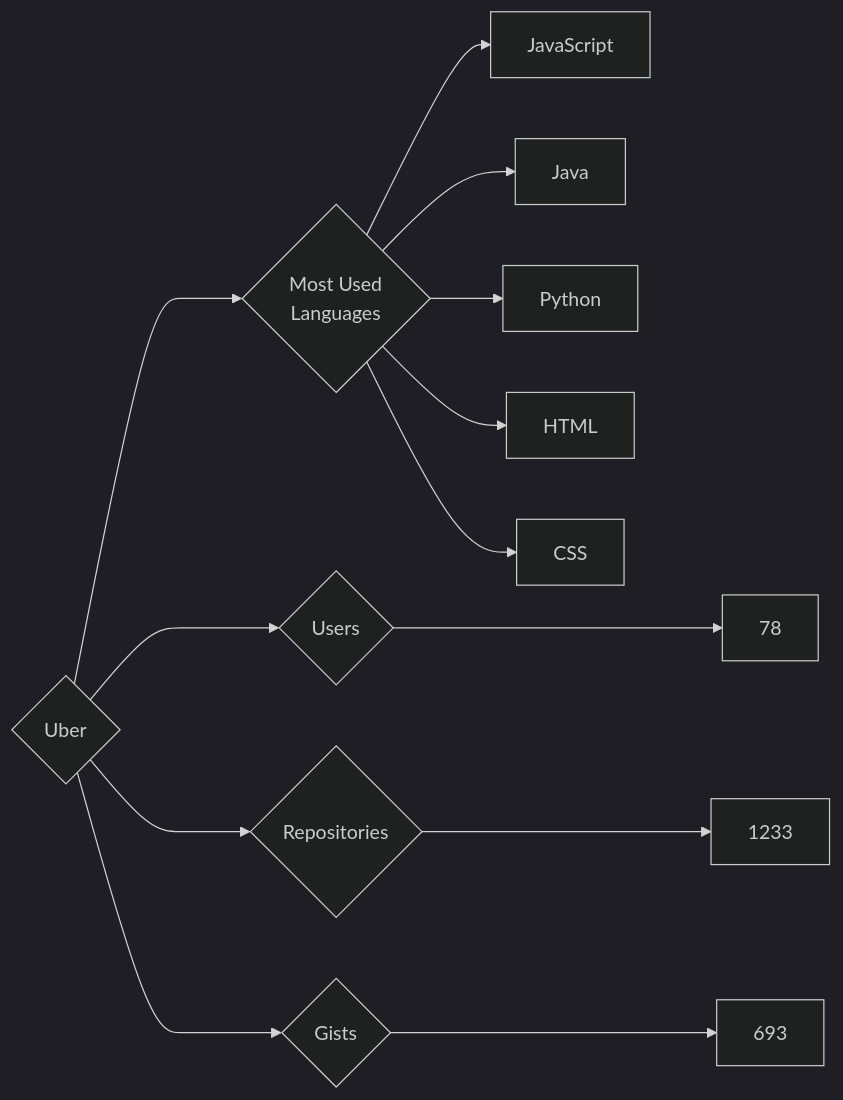
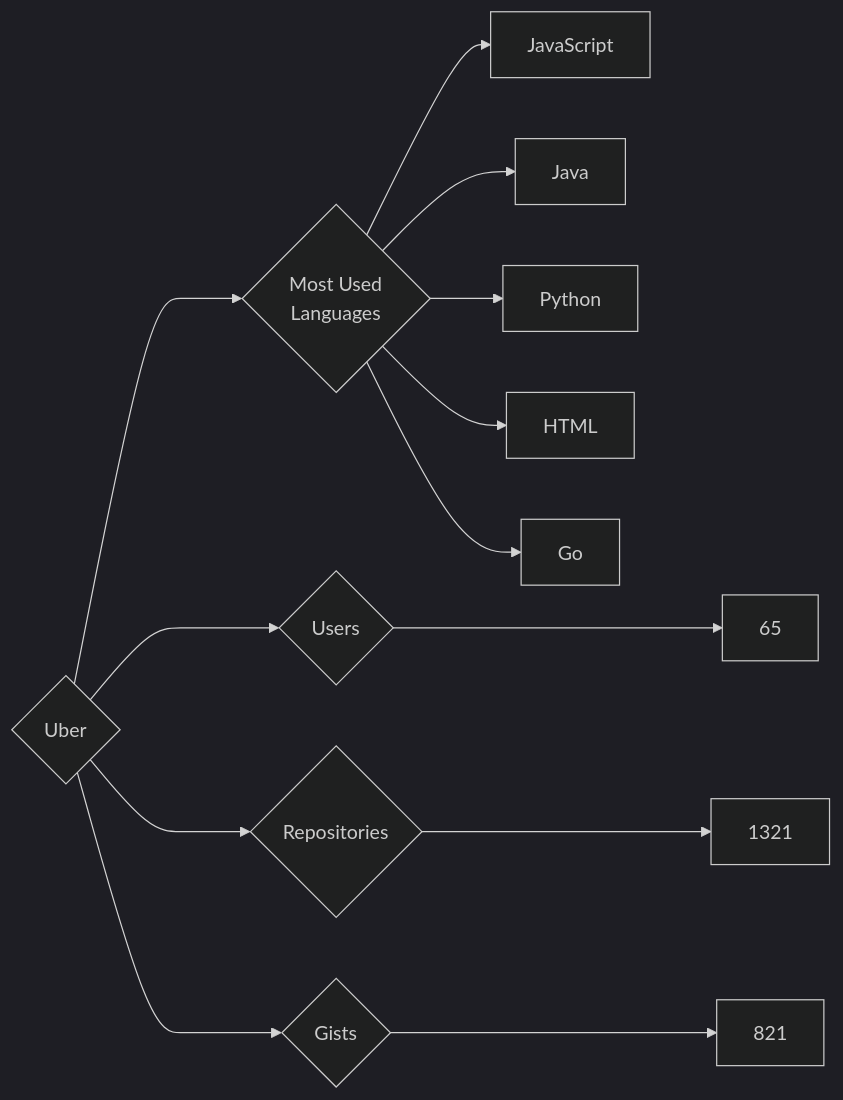
Before and after one commit to trickest/insiders: the diagram in targets/Uber/README.md, drawn with Mermaid (dark theme). The commit also changed 886 other files, not shown here.

````diff
--- a/targets/Uber/README.md
+++ b/targets/Uber/README.md
@@ -3,13 +3,13 @@
 ```mermaid
 graph LR
 COMPANY_NAME{Uber}
-COMPANY_NAME ---> U{Users} ---> UN[78]
-COMPANY_NAME ---> R{Repositories} ---> RN[1233]
-COMPANY_NAME ---> G{Gists} ---> GN[693]
+COMPANY_NAME ---> U{Users} ---> UN[65]
+COMPANY_NAME ---> R{Repositories} ---> RN[1321]
+COMPANY_NAME ---> G{Gists} ---> GN[821]
 COMPANY_NAME ---> ML{Most Used<br>Languages}
 ML --> JavaScript[JavaScript]
 ML --> Java[Java]
 ML --> Python[Python]
 ML --> HTML[HTML]
-ML --> CSS[CSS]
+ML --> Go[Go]
 ```
````
